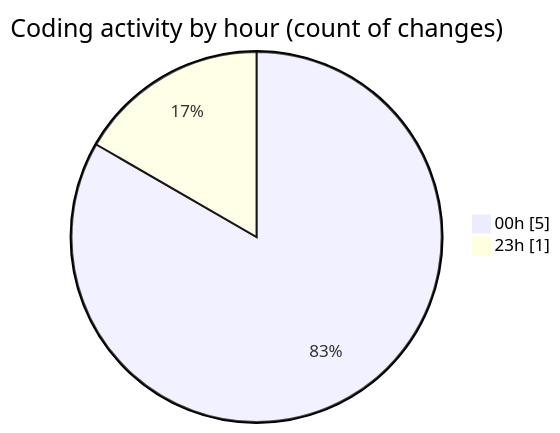
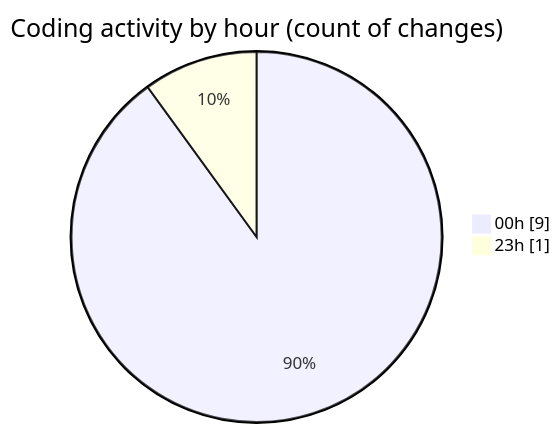
Before and after one commit to donsfak/code-tracking: the second of 2 diagrams in 2025-01-02/uber_clone/README.md, drawn with Mermaid. The commit also changed other lines of this file and 1 other file, not shown here.

````diff
--- a/2025-01-02/uber_clone/README.md
+++ b/2025-01-02/uber_clone/README.md
@@ -28,6 +28,6 @@
 ```mermaid
 pie showData
 title Coding activity by hour (count of changes)
-"00h" : 5
+"00h" : 9
 "23h" : 1
 ```
````
